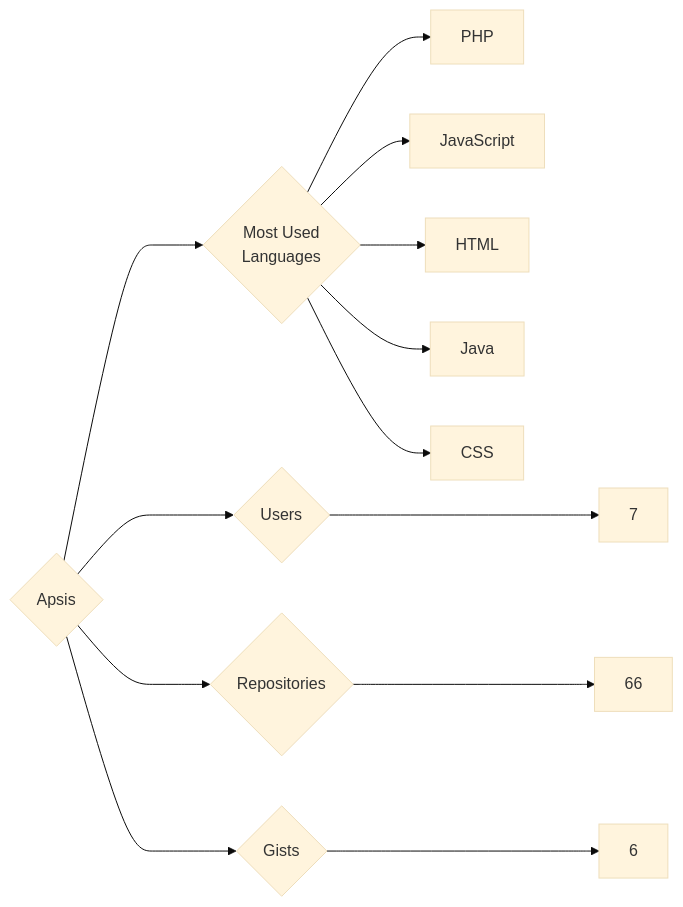
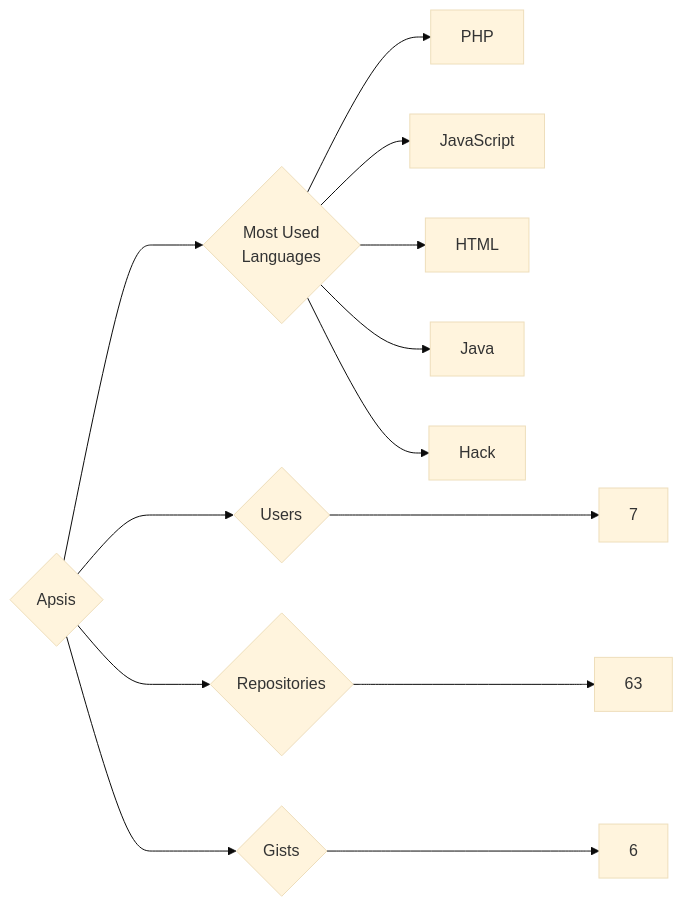
Before and after one commit to trickest/insiders: the diagram in targets/Apsis/README.md, drawn with Mermaid (base theme). The commit also changed 1078 other files, not shown here.

````diff
--- a/targets/Apsis/README.md
+++ b/targets/Apsis/README.md
@@ -3,13 +3,13 @@
 ```mermaid
 graph LR
 COMPANY_NAME{Apsis}
 COMPANY_NAME ---> U{Users} ---> UN[7]
-COMPANY_NAME ---> R{Repositories} ---> RN[66]
+COMPANY_NAME ---> R{Repositories} ---> RN[63]
 COMPANY_NAME ---> G{Gists} ---> GN[6]
 COMPANY_NAME ---> ML{Most Used<br>Languages}
 ML --> PHP[PHP]
 ML --> JavaScript[JavaScript]
 ML --> HTML[HTML]
 ML --> Java[Java]
-ML --> CSS[CSS]
+ML --> Hack[Hack]
 ```
````
